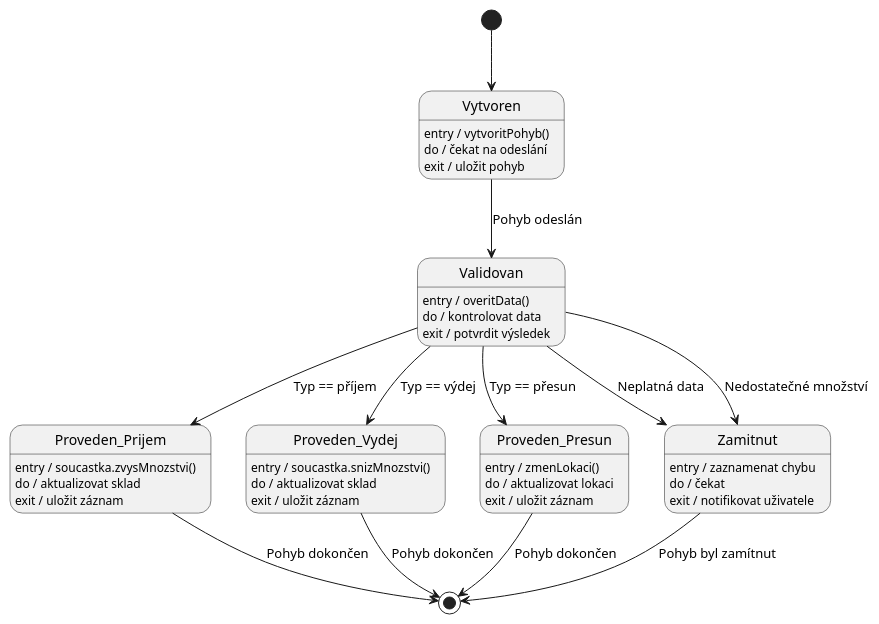
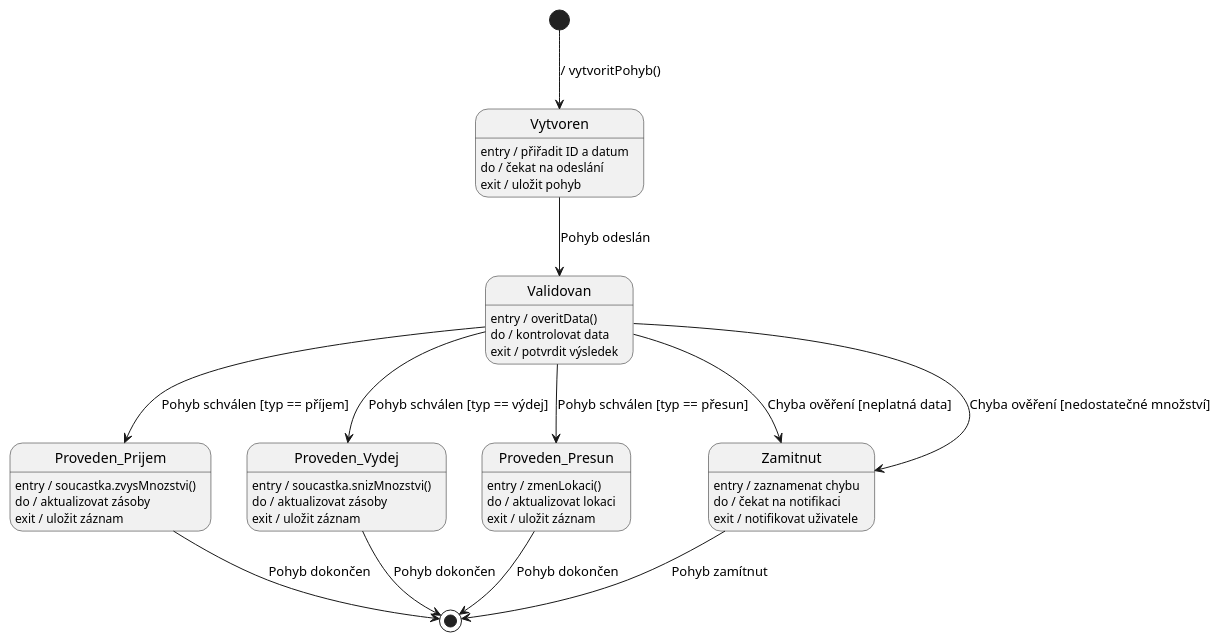
The diagram in diagrams/09_state_pohyb_skladu.puml (lkvapil/kOdevzdaniProjektWMS), drawn with PlantUML before and after one commit. The commit also changed 3 other files, not shown here.

Commit message:
Oprava konzistence – sekvenční diagram, stavové diagramy 09+10

```diff
--- a/diagrams/09_state_pohyb_skladu.puml
+++ b/diagrams/09_state_pohyb_skladu.puml
@@ -1,41 +1,41 @@
 @startuml
 top to bottom direction
 
-[*] --> Vytvoren
+[*] --> Vytvoren : / vytvoritPohyb()
 
-Vytvoren : entry / vytvoritPohyb()
+Vytvoren : entry / přiřadit ID a datum
 Vytvoren : do / čekat na odeslání
 Vytvoren : exit / uložit pohyb
 Vytvoren --> Validovan : Pohyb odeslán
 
 Validovan : entry / overitData()
 Validovan : do / kontrolovat data
 Validovan : exit / potvrdit výsledek
-Validovan --> Proveden_Prijem : Typ == příjem
-Validovan --> Proveden_Vydej : Typ == výdej
-Validovan --> Proveden_Presun : Typ == přesun
-Validovan --> Zamitnut : Neplatná data
-Validovan --> Zamitnut : Nedostatečné množství
+Validovan --> Proveden_Prijem : Pohyb schválen [typ == příjem]
+Validovan --> Proveden_Vydej  : Pohyb schválen [typ == výdej]
+Validovan --> Proveden_Presun : Pohyb schválen [typ == přesun]
+Validovan --> Zamitnut        : Chyba ověření [neplatná data]
+Validovan --> Zamitnut        : Chyba ověření [nedostatečné množství]
 
 Zamitnut : entry / zaznamenat chybu
-Zamitnut : do / čekat
+Zamitnut : do / čekat na notifikaci
 Zamitnut : exit / notifikovat uživatele
 
 Proveden_Prijem : entry / soucastka.zvysMnozstvi()
-Proveden_Prijem : do / aktualizovat sklad
+Proveden_Prijem : do / aktualizovat zásoby
 Proveden_Prijem : exit / uložit záznam
 
 Proveden_Vydej : entry / soucastka.snizMnozstvi()
-Proveden_Vydej : do / aktualizovat sklad
+Proveden_Vydej : do / aktualizovat zásoby
 Proveden_Vydej : exit / uložit záznam
 
 Proveden_Presun : entry / zmenLokaci()
 Proveden_Presun : do / aktualizovat lokaci
 Proveden_Presun : exit / uložit záznam
 
 Proveden_Prijem --> [*] : Pohyb dokončen
-Proveden_Vydej --> [*] : Pohyb dokončen
+Proveden_Vydej  --> [*] : Pohyb dokončen
 Proveden_Presun --> [*] : Pohyb dokončen
-Zamitnut --> [*] : Pohyb byl zamítnut
+Zamitnut        --> [*] : Pohyb zamítnut
 
 @enduml
```
